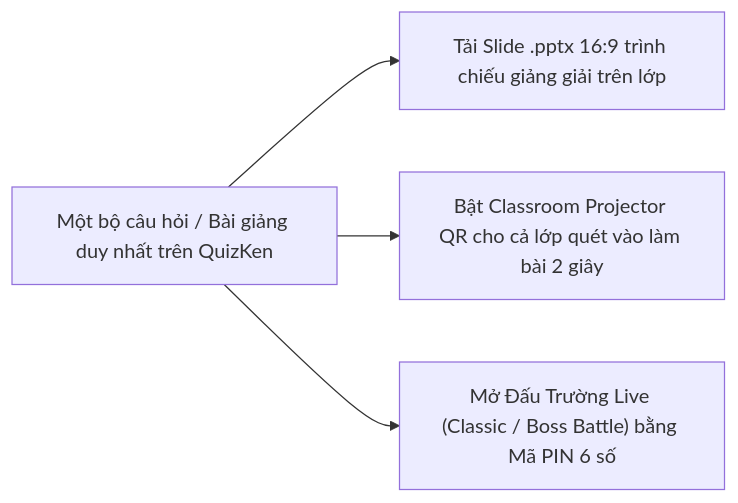
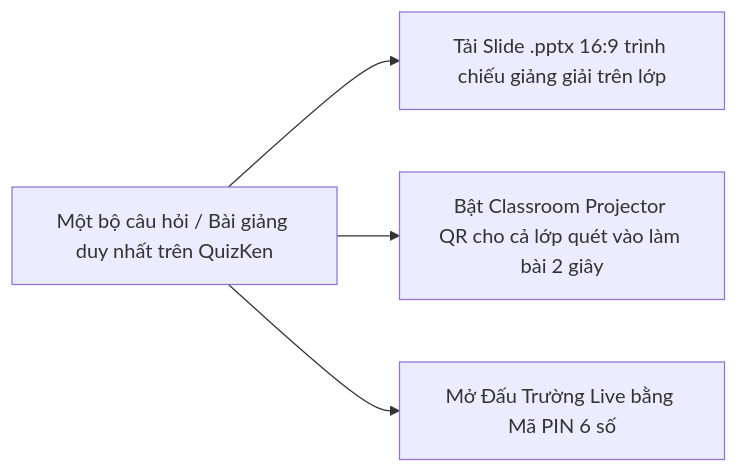
Before and after one commit to khanhnkq/quizken-landing: the diagram in src/content/blog/top-6-phan-mem-soan-bai-giang-tuong-tac-ket-hop-slide-va-trac-nghiem-2026.md, drawn with Mermaid. The commit also changed other lines of this file and 5 other files, not shown here.

Commit message:
content(blog): remove Boss Battle post and references

````diff
--- a/src/content/blog/top-6-phan-mem-soan-bai-giang-tuong-tac-ket-hop-slide-va-trac-nghiem-2026.md
+++ b/src/content/blog/top-6-phan-mem-soan-bai-giang-tuong-tac-ket-hop-slide-va-trac-nghiem-2026.md
@@ -31,6 +31,6 @@
 ```mermaid
 flowchart LR
     A["Một bộ câu hỏi / Bài giảng duy nhất trên QuizKen"] --> B1["Tải Slide .pptx 16:9 trình chiếu giảng giải trên lớp"]
     A --> B2["Bật Classroom Projector QR cho cả lớp quét vào làm bài 2 giây"]
-    A --> B3["Mở Đấu Trường Live (Classic / Boss Battle) bằng Mã PIN 6 số"]
+    A --> B3["Mở Đấu Trường Live bằng Mã PIN 6 số"]
 ```
````
